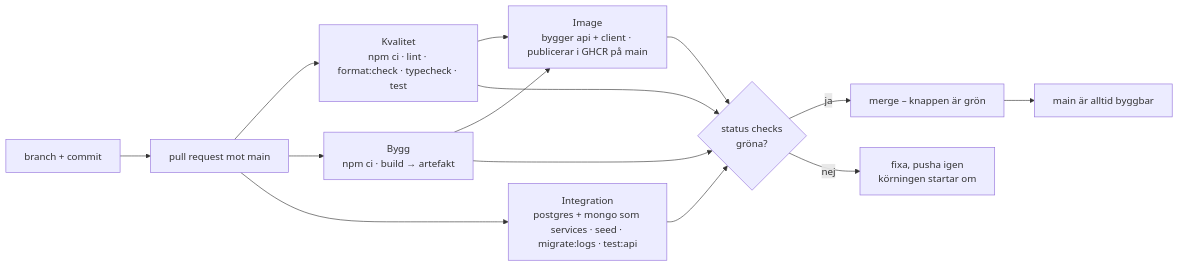
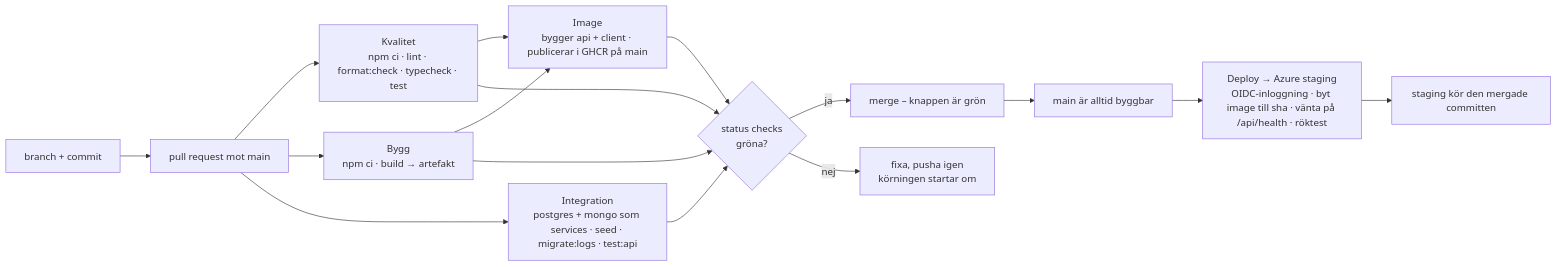
Before and after one commit to jonatanhallenberg/utpost-cloud-provkorning: the diagram in docs/pipeline.md, drawn with Mermaid. The commit also changed other lines of this file and 3 other files, not shown here.

Commit message:
M6: deploy till Azure staging från pipelinen (provkörning)

````diff
--- a/docs/pipeline.md
+++ b/docs/pipeline.md
@@ -7,16 +7,18 @@
 ```mermaid
 flowchart LR
   B[branch + commit] --> PR[pull request mot main]
   PR --> Q[Kvalitet<br/>npm ci · lint · format:check · typecheck · test]
   PR --> BU[Bygg<br/>npm ci · build → artefakt]
   PR --> I[Integration<br/>postgres + mongo som services · seed · migrate:logs · test:api]
   Q --> IM[Image<br/>bygger api + client · publicerar i GHCR på main]
   BU --> IM
   Q --> S{status checks<br/>gröna?}
   BU --> S
   I --> S
   IM --> S
   S -->|ja| M[merge – knappen är grön]
   S -->|nej| F[fixa, pusha igen<br/>körningen startar om]
   M --> MAIN[main är alltid byggbar]
+  MAIN --> D[Deploy → Azure staging<br/>OIDC-inloggning · byt image till sha · vänta på /api/health · röktest]
+  D --> ST[staging kör den mergade committen]
 ```
````
